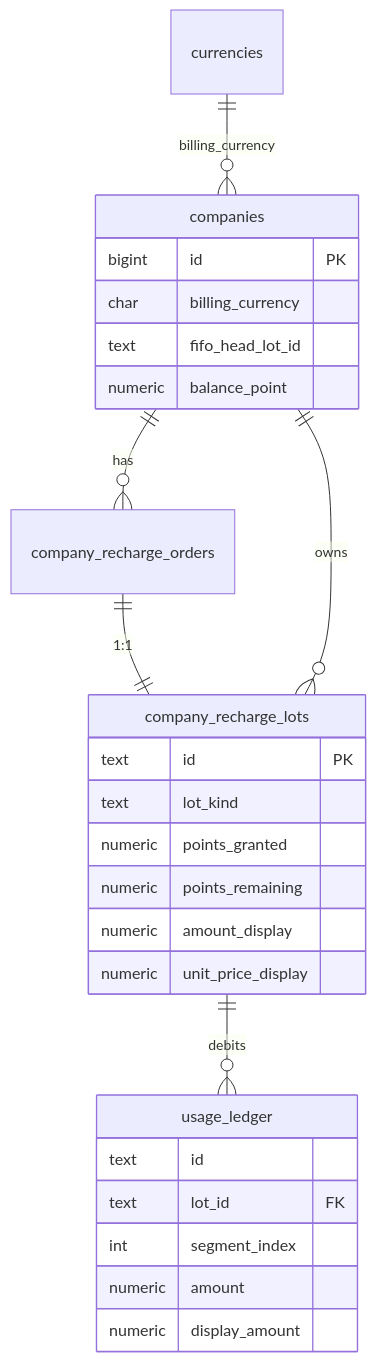
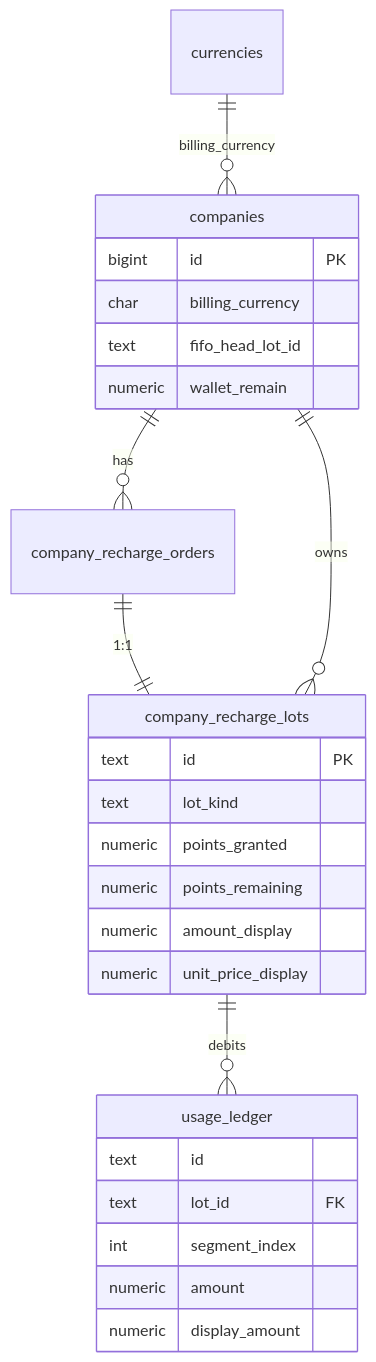
The seventh of 7 diagrams in docs/Backend-计费模式.md (quyip8818/mytokenjoy), drawn with Mermaid before and after one commit. The commit also changed other lines of this file and 12 other files, not shown here.

````diff
--- a/docs/Backend-计费模式.md
+++ b/docs/Backend-计费模式.md
@@ -289,29 +291,29 @@
 ```mermaid
 erDiagram
     currencies ||--o{ companies : billing_currency
     companies ||--o{ company_recharge_orders : has
     company_recharge_orders ||--|| company_recharge_lots : "1:1"
     companies ||--o{ company_recharge_lots : owns
     company_recharge_lots ||--o{ usage_ledger : debits
     companies {
         bigint id PK
         char billing_currency
         text fifo_head_lot_id
-        numeric balance_point
+        numeric wallet_remain
     }
     company_recharge_lots {
         text id PK
         text lot_kind
         numeric points_granted
         numeric points_remaining
         numeric amount_display
         numeric unit_price_display
     }
     usage_ledger {
         text id
         text lot_id FK
         int segment_index
         numeric amount
         numeric display_amount
     }
 ```
````
